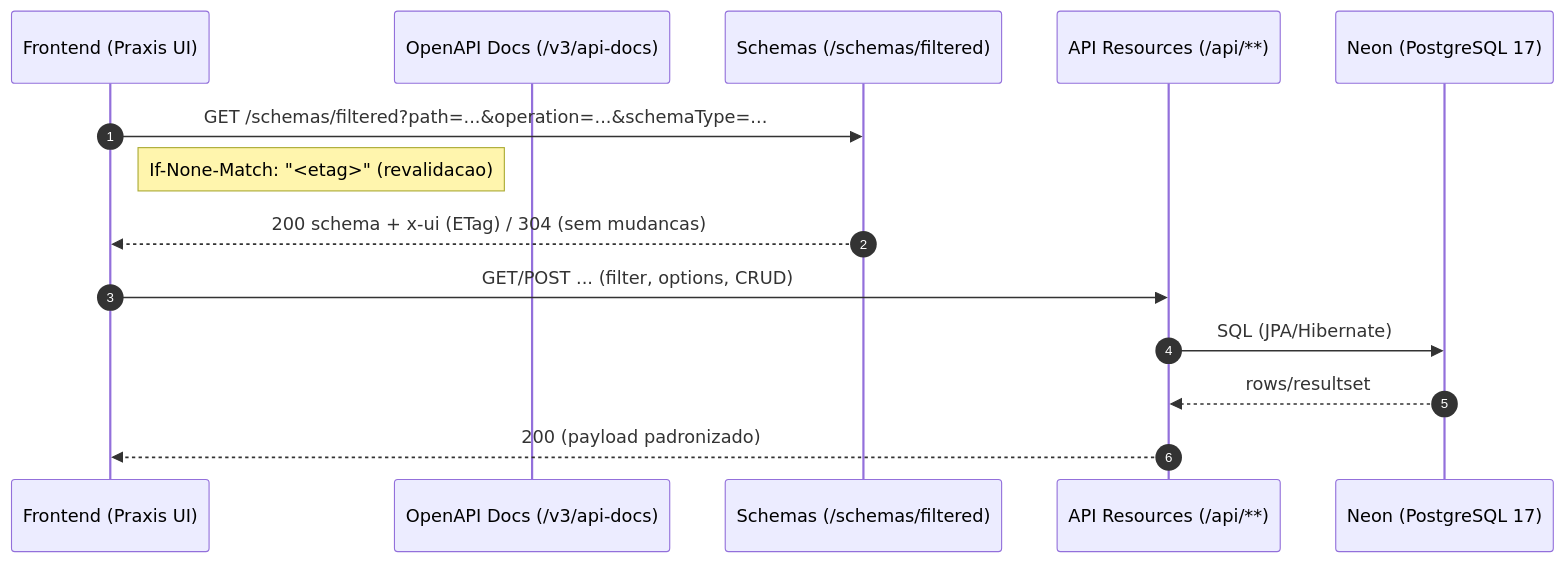
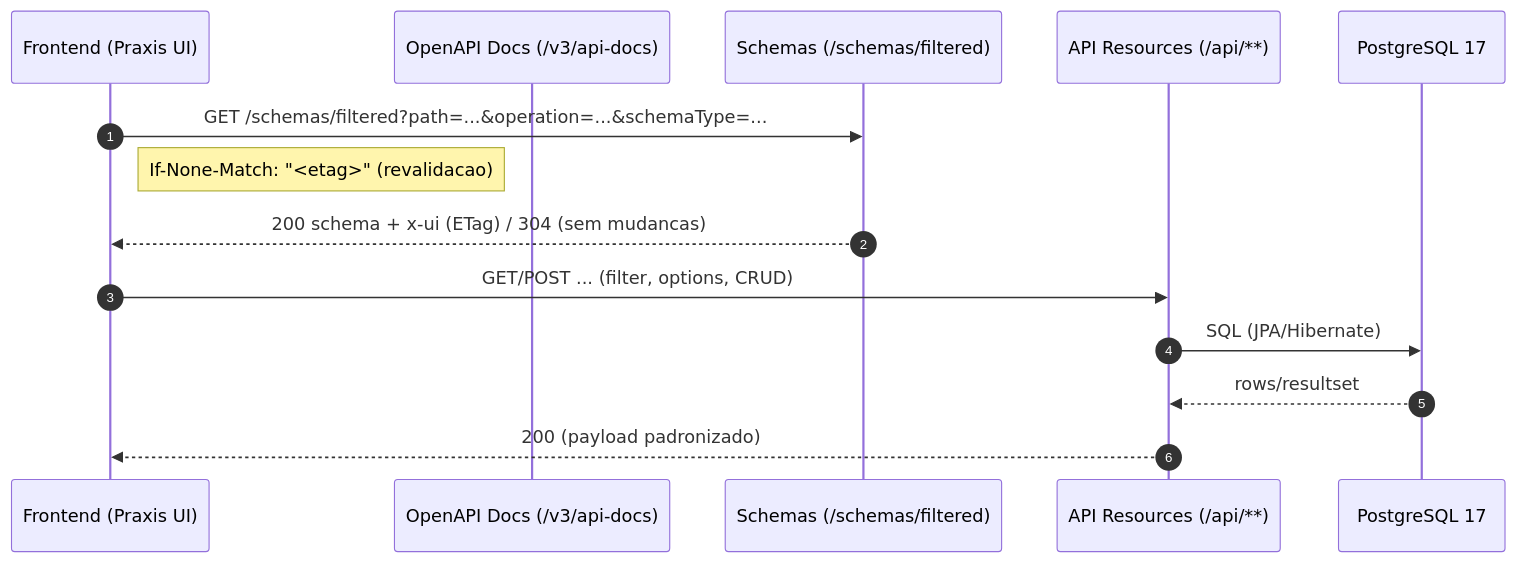
Before and after one commit to codexrodrigues/praxis-api-quickstart-public: the second of 2 diagrams in README.md, drawn with Mermaid. The commit also changed other lines of this file and 16 other files, not shown here.

````diff
--- a/README.md
+++ b/README.md
@@ -143,17 +143,17 @@
 ```mermaid
 sequenceDiagram
   autonumber
   participant UI as Frontend (Praxis UI)
   participant DOCS as OpenAPI Docs (/v3/api-docs)
   participant SC as Schemas (/schemas/filtered)
   participant API as API Resources (/api/**)
-  participant DB as Neon (PostgreSQL 17)
+  participant DB as PostgreSQL 17
 
   UI->>SC: GET /schemas/filtered?path=...&operation=...&schemaType=...
   Note right of UI: If-None-Match: "<etag>" (revalidacao)
   SC-->>UI: 200 schema + x-ui (ETag) / 304 (sem mudancas)
   UI->>API: GET/POST ... (filter, options, CRUD)
   API->>DB: SQL (JPA/Hibernate)
   DB-->>API: rows/resultset
   API-->>UI: 200 (payload padronizado)
 ```
````
